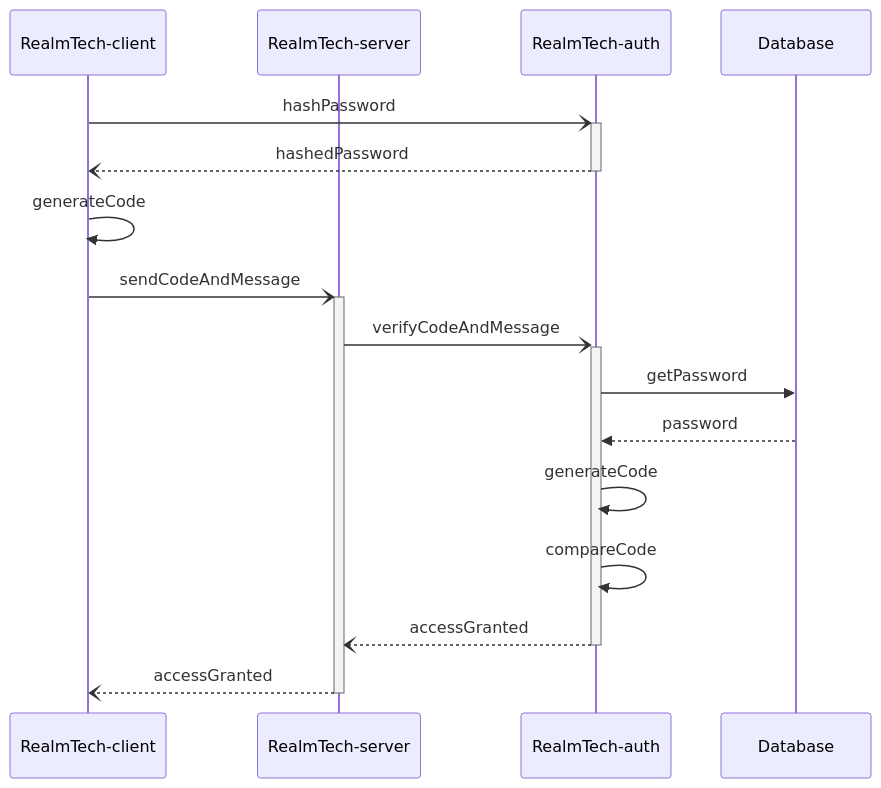
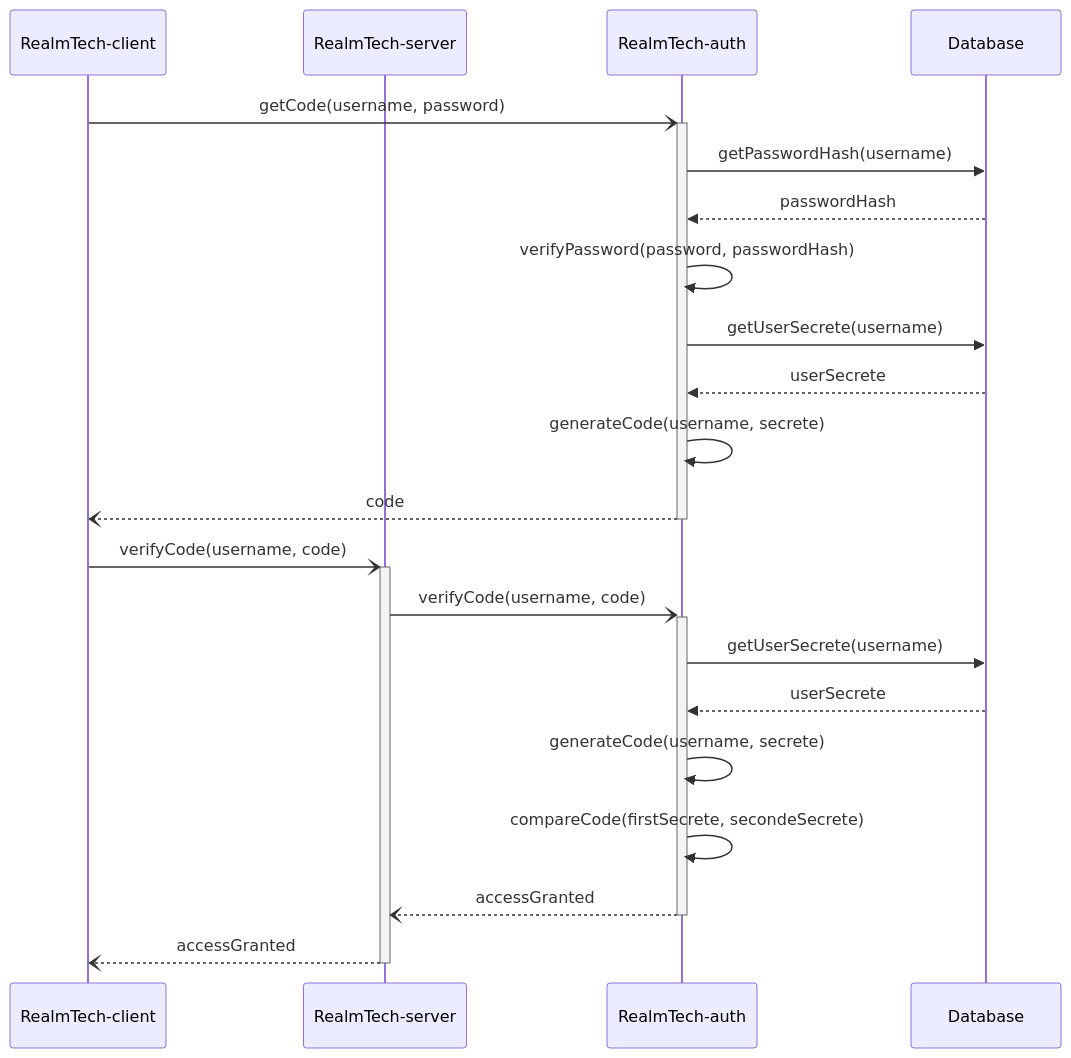
The first of 3 diagrams in readme.md (FabienChatton/RealmTech-auth), drawn with Mermaid before and after one commit. The commit also changed other lines of this file, not shown here.

Commit message:
mise à jour de la doc pour future implémentation de code

````diff
--- a/readme.md
+++ b/readme.md
@@ -29,19 +29,24 @@
 ```mermaid
 sequenceDiagram
     participant RealmTech-client
     participant RealmTech-server
     participant RealmTech-auth
     participant Database
 
-    RealmTech-client -)+ RealmTech-auth: hashPassword
-    RealmTech-auth --)- RealmTech-client: hashedPassword
-    RealmTech-client ->> RealmTech-client: generateCode
-    RealmTech-client -)+ RealmTech-server: sendCodeAndMessage
-    RealmTech-server -)+ RealmTech-auth: verifyCodeAndMessage
-    RealmTech-auth ->> Database: getPassword
-    Database -->> RealmTech-auth: password
-    RealmTech-auth ->> RealmTech-auth: generateCode
-    RealmTech-auth ->> RealmTech-auth: compareCode
+    RealmTech-client -)+ RealmTech-auth:  getCode(username, password)
+    RealmTech-auth ->> Database: getPasswordHash(username)
+    Database -->> RealmTech-auth: passwordHash
+    RealmTech-auth ->> RealmTech-auth: verifyPassword(password, passwordHash)
+    RealmTech-auth ->> Database: getUserSecrete(username)
+    Database -->> RealmTech-auth: userSecrete
+    RealmTech-auth ->> RealmTech-auth: generateCode(username, secrete)
+    RealmTech-auth --)- RealmTech-client: code
+    RealmTech-client -)+ RealmTech-server: verifyCode(username, code)
+    RealmTech-server -)+ RealmTech-auth: verifyCode(username, code)
+    RealmTech-auth ->> Database: getUserSecrete(username)
+    Database -->> RealmTech-auth: userSecrete
+    RealmTech-auth ->> RealmTech-auth: generateCode(username, secrete)
+    RealmTech-auth ->> RealmTech-auth: compareCode(firstSecrete, secondeSecrete)
     RealmTech-auth --)- RealmTech-server: accessGranted
     RealmTech-server --)- RealmTech-client: accessGranted
 ```
````
